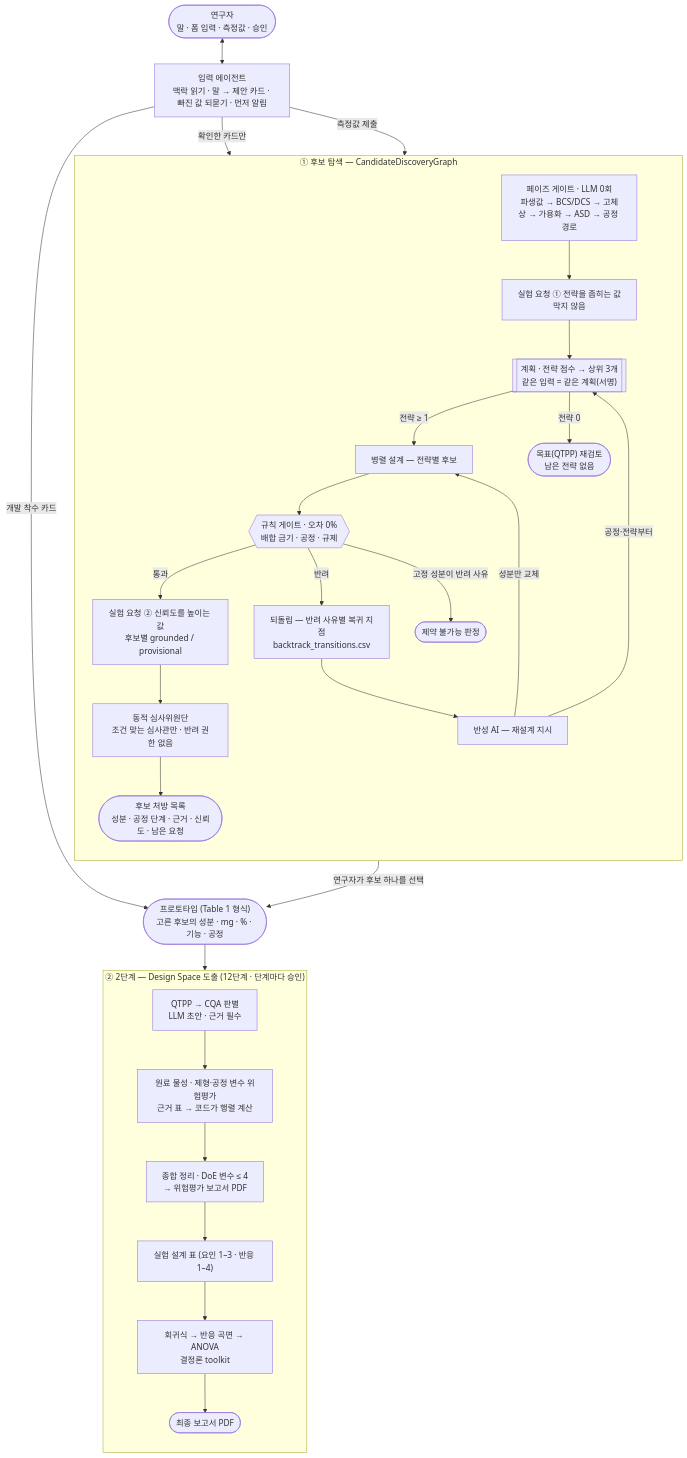
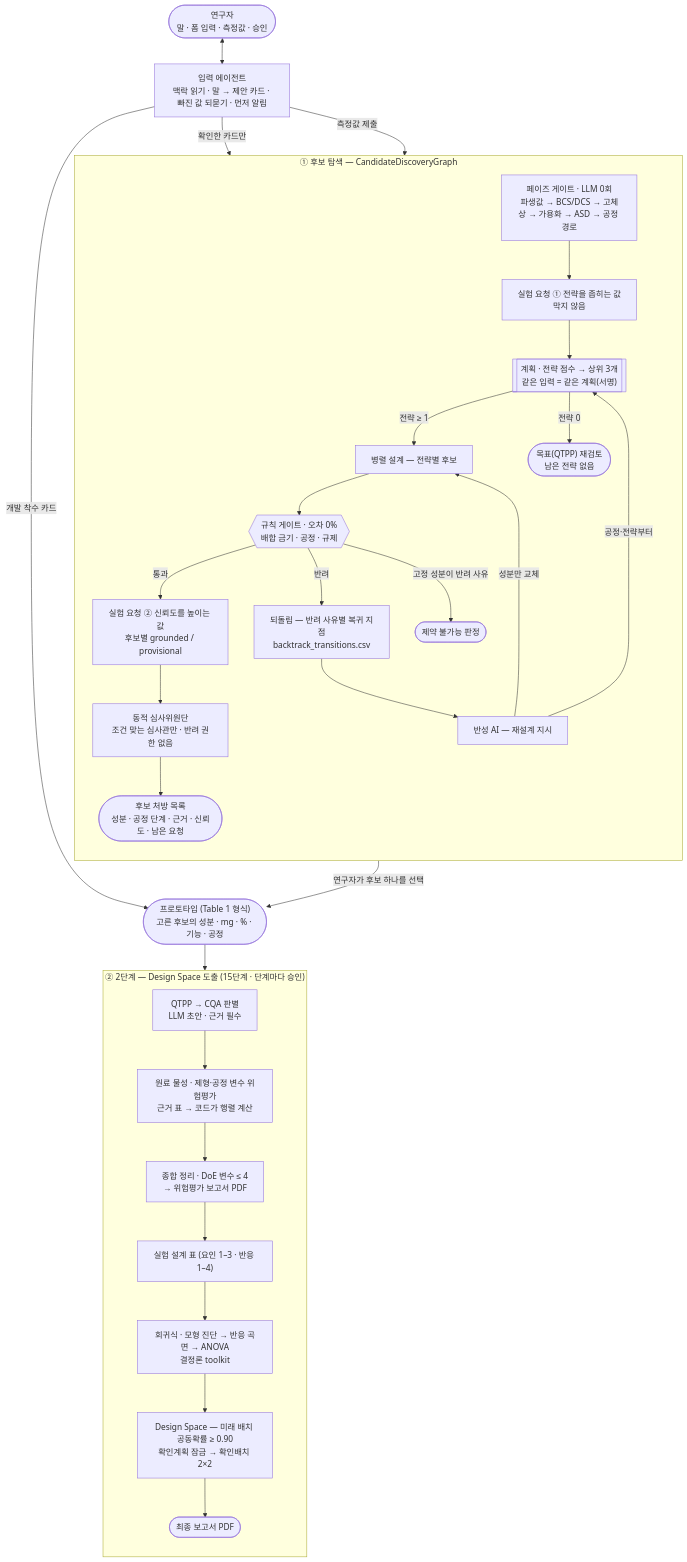
One commit to zihwaan/formula1-qbd changed the diagram in README.md. Above: the diagram before and after it, drawn with Mermaid. The commit also changed other lines of this file and 8 other files, not shown here.

Commit message:
문서·보고서(/pdf): 15단계 · 로르녹시캄 Design Space 7.2절(그림 9) · 시스템 설명 16장

````diff
--- a/README.md
+++ b/README.md
@@ -91,48 +91,49 @@
 ```mermaid
 flowchart TB
     U(["연구자<br/>말 · 폼 입력 · 측정값 · 승인"])
     IA["입력 에이전트<br/>맥락 읽기 · 말 → 제안 카드 · 빠진 값 되묻기 · 먼저 알림"]
 
     subgraph D["① 후보 탐색 — CandidateDiscoveryGraph"]
         direction TB
         PG["페이즈 게이트 · LLM 0회<br/>파생값 → BCS/DCS → 고체상 → 가용화 → ASD → 공정 경로"]
         DN["실험 요청 ① 전략을 좁히는 값<br/>막지 않음"]
         PL[["계획 · 전략 점수 → 상위 3개<br/>같은 입력 = 같은 계획(서명)"]]
         G["병렬 설계 — 전략별 후보"]
         R{{"규칙 게이트 · 오차 0%<br/>배합 금기 · 공정 · 규제"}}
         DR["실험 요청 ② 신뢰도를 높이는 값<br/>후보별 grounded / provisional"]
         J["동적 심사위원단<br/>조건 맞는 심사관만 · 반려 권한 없음"]
         C(["후보 처방 목록<br/>성분 · 공정 단계 · 근거 · 신뢰도 · 남은 요청"])
         BT["되돌림 — 반려 사유별 복귀 지점<br/>backtrack_transitions.csv"]
         RF["반성 AI — 재설계 지시"]
         Q(["목표(QTPP) 재검토<br/>남은 전략 없음"])
         INF(["제약 불가능 판정"])
         PG --> DN --> PL
         PL -->|전략 ≥ 1| G --> R
         PL -->|전략 0| Q
         R -->|통과| DR --> J --> C
         R -->|반려| BT --> RF
         RF -->|성분만 교체| G
         RF -->|공정·전략부터| PL
         R -->|고정 성분이 반려 사유| INF
     end
 
     H(["프로토타입 (Table 1 형식)<br/>고른 후보의 성분 · mg · % · 기능 · 공정"])
 
-    subgraph E["② 2단계 — Design Space 도출 (12단계 · 단계마다 승인)"]
+    subgraph E["② 2단계 — Design Space 도출 (15단계 · 단계마다 승인)"]
         direction TB
         E1["QTPP → CQA 판별<br/>LLM 초안 · 근거 필수"]
         E2["원료 물성 · 제형·공정 변수 위험평가<br/>근거 표 → 코드가 행렬 계산"]
         E3["종합 정리 · DoE 변수 ≤ 4<br/>→ 위험평가 보고서 PDF"]
         E4["실험 설계 표 (요인 1–3 · 반응 1–4)"]
-        E5["회귀식 → 반응 곡면 → ANOVA<br/>결정론 toolkit"]
+        E5["회귀식 · 모형 진단 → 반응 곡면 → ANOVA<br/>결정론 toolkit"]
+        E6["Design Space — 미래 배치 공동확률 ≥ 0.90<br/>확인계획 잠금 → 확인배치 2×2"]
         V(["최종 보고서 PDF"])
-        E1 --> E2 --> E3 --> E4 --> E5 --> V
+        E1 --> E2 --> E3 --> E4 --> E5 --> E6 --> V
     end
 
     U <--> IA
     IA -->|확인한 카드만| PG
     IA -->|측정값 제출| DR
     IA -->|개발 착수 카드| H
     C -->|연구자가 후보 하나를 선택| H --> E1
 ```
````
